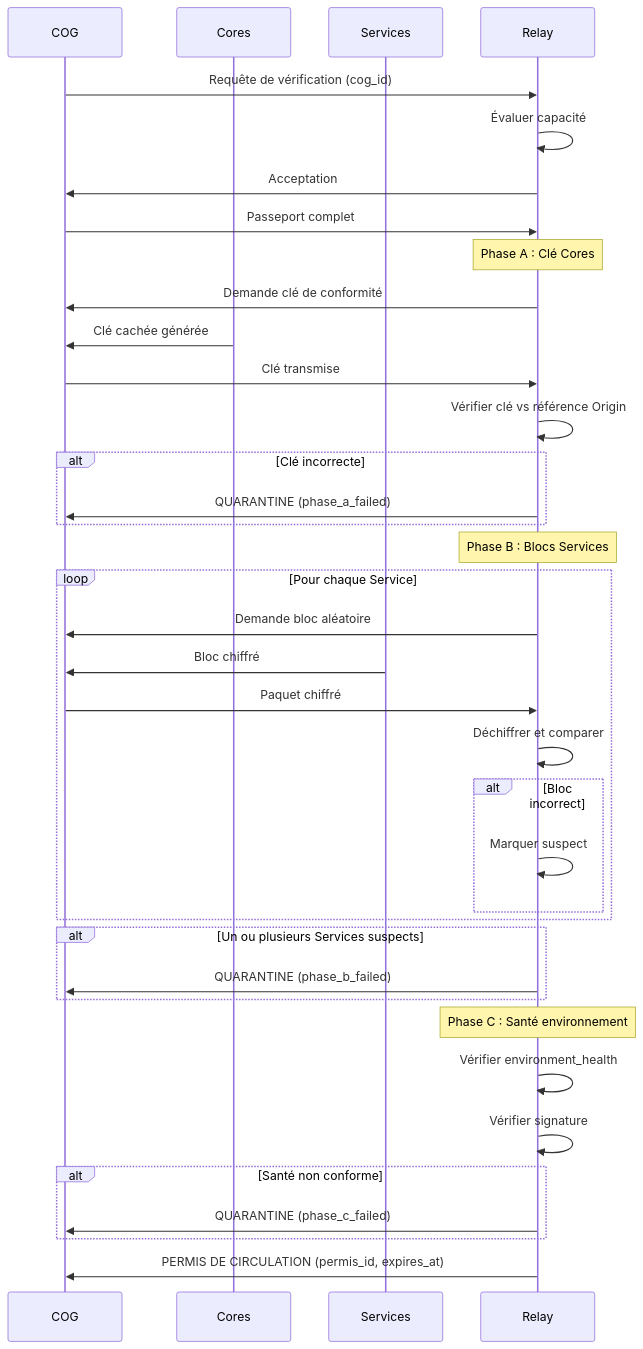
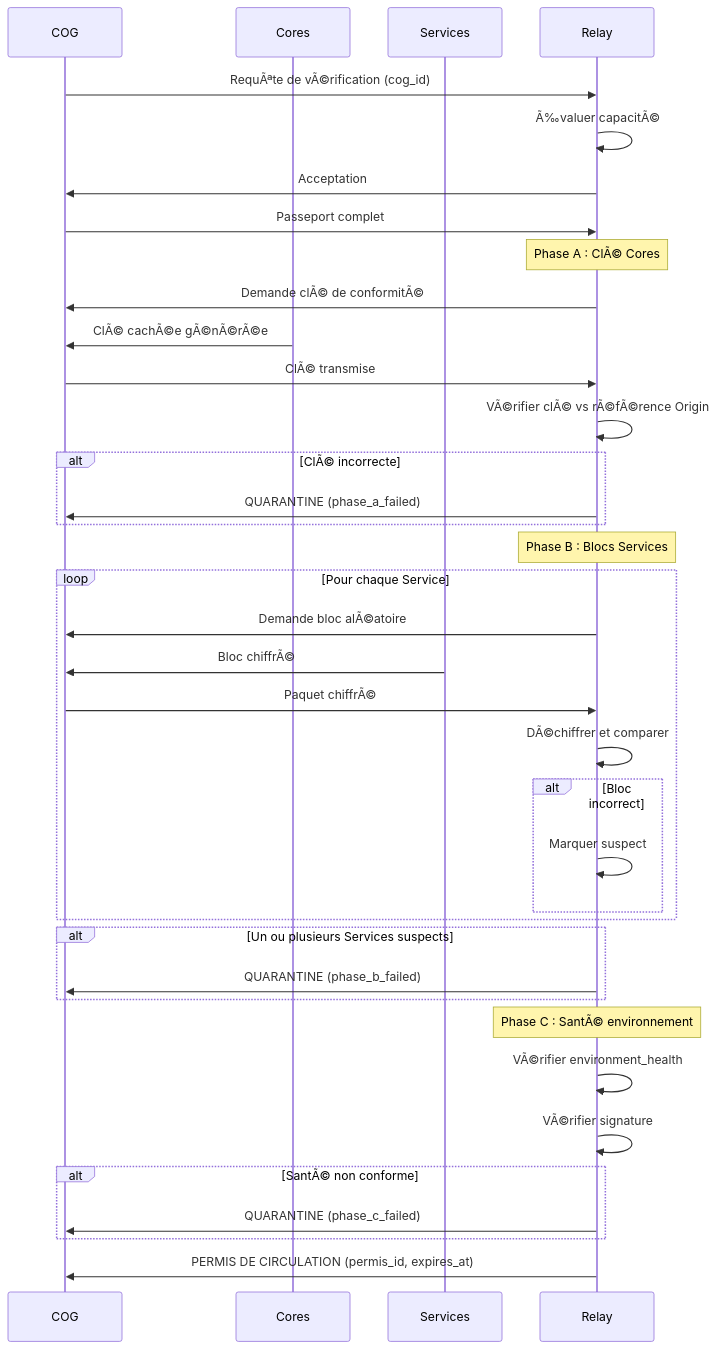
One commit to StudioMiyukini/miyukini_cog changed the fifth of 5 diagrams in docs/miyukini-webway-system/verification/MWS - Flux de Verification.md. Above: the diagram before and after it, drawn with Mermaid. The commit also changed other lines of this file and 1287 other files, not shown here.

````diff
--- a/docs/miyukini-webway-system/verification/MWS - Flux de Verification.md
+++ b/docs/miyukini-webway-system/verification/MWS - Flux de Verification.md
@@ -261,51 +261,51 @@
 ```mermaid
 sequenceDiagram
     participant COG as COG
     participant Cores as Cores
     participant Services as Services
     participant R as Relay
 
-    %% Présentation
-    COG->>R: Requête de vérification (cog_id)
-    R->>R: Évaluer capacité
+    %% PrÃ©sentation
+    COG->>R: RequÃªte de vÃ©rification (cog_id)
+    R->>R: Ã‰valuer capacitÃ©
     R->>COG: Acceptation
 
     %% Transmission du Passeport
     COG->>R: Passeport complet
 
     %% Phase A
-    Note over R: Phase A : Clé Cores
-    R->>COG: Demande clé de conformité
-    Cores->>COG: Clé cachée générée
-    COG->>R: Clé transmise
-    R->>R: Vérifier clé vs référence Origin
-    alt Clé incorrecte
+    Note over R: Phase A : ClÃ© Cores
+    R->>COG: Demande clÃ© de conformitÃ©
+    Cores->>COG: ClÃ© cachÃ©e gÃ©nÃ©rÃ©e
+    COG->>R: ClÃ© transmise
+    R->>R: VÃ©rifier clÃ© vs rÃ©fÃ©rence Origin
+    alt ClÃ© incorrecte
         R->>COG: QUARANTINE (phase_a_failed)
     end
 
     %% Phase B
     Note over R: Phase B : Blocs Services
     loop Pour chaque Service
-        R->>COG: Demande bloc aléatoire
-        Services->>COG: Bloc chiffré
-        COG->>R: Paquet chiffré
-        R->>R: Déchiffrer et comparer
+        R->>COG: Demande bloc alÃ©atoire
+        Services->>COG: Bloc chiffrÃ©
+        COG->>R: Paquet chiffrÃ©
+        R->>R: DÃ©chiffrer et comparer
         alt Bloc incorrect
             R->>R: Marquer suspect
         end
     end
     alt Un ou plusieurs Services suspects
         R->>COG: QUARANTINE (phase_b_failed)
     end
 
     %% Phase C
-    Note over R: Phase C : Santé environnement
-    R->>R: Vérifier environment_health
-    R->>R: Vérifier signature
-    alt Santé non conforme
+    Note over R: Phase C : SantÃ© environnement
+    R->>R: VÃ©rifier environment_health
+    R->>R: VÃ©rifier signature
+    alt SantÃ© non conforme
         R->>COG: QUARANTINE (phase_c_failed)
     end
 
-    %% Succès
+    %% SuccÃ¨s
     R->>COG: PERMIS DE CIRCULATION (permis_id, expires_at)
 ```
````
